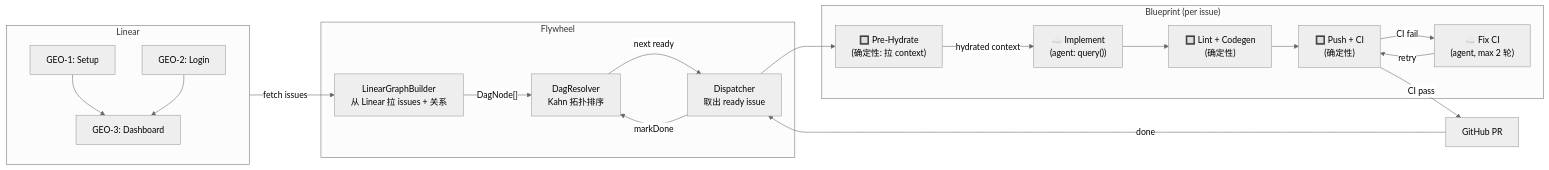
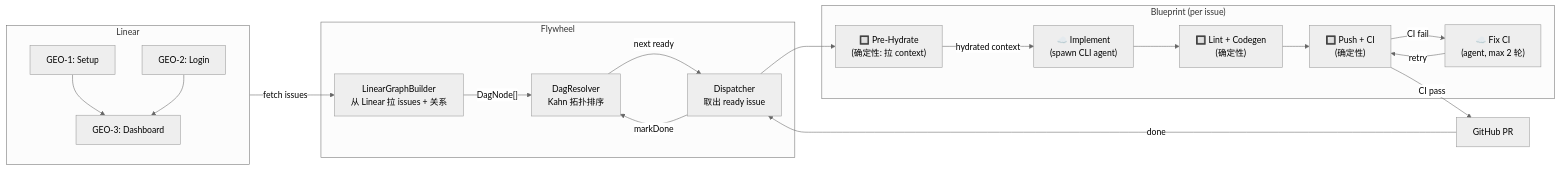
The second of 6 diagrams in doc/plan/draft/v0.1.0-flywheel-orchestrator.md (xrliAnnie/flywheel-qa-sandbox), drawn with Mermaid (neutral theme) before and after one commit. The commit also changed other lines of this file and 1 other file, not shown here.

````diff
--- a/doc/plan/draft/v0.1.0-flywheel-orchestrator.md
+++ b/doc/plan/draft/v0.1.0-flywheel-orchestrator.md
@@ -78,36 +78,36 @@
 ```mermaid
 graph LR
     subgraph Linear
         I1[GEO-1: Setup] --> I3[GEO-3: Dashboard]
         I2[GEO-2: Login] --> I3
     end
 
     subgraph Flywheel
         LB["LinearGraphBuilder<br/>从 Linear 拉 issues + 关系"]
         DAG["DagResolver<br/>Kahn 拓扑排序"]
         DISP["Dispatcher<br/>取出 ready issue"]
     end
 
     subgraph "Blueprint (per issue)"
         PRE["🔲 Pre-Hydrate<br/>(确定性: 拉 context)"]
-        IMPL["☁️ Implement<br/>(agent: query())"]
+        IMPL["☁️ Implement<br/>(spawn CLI agent)"]
         LINT["🔲 Lint + Codegen<br/>(确定性)"]
         PUSH["🔲 Push + CI<br/>(确定性)"]
         FIX["☁️ Fix CI<br/>(agent, max 2 轮)"]
     end
 
     GH["GitHub PR"]
 
     Linear -->|"fetch issues"| LB
     LB -->|"DagNode[]"| DAG
     DAG -->|"next ready"| DISP
     DISP --> PRE
     PRE -->|"hydrated context"| IMPL
     IMPL --> LINT
     LINT --> PUSH
     PUSH -->|"CI fail"| FIX
     FIX -->|"retry"| PUSH
     PUSH -->|"CI pass"| GH
     GH -->|"done"| DISP
     DISP -->|"markDone"| DAG
 ```
````
